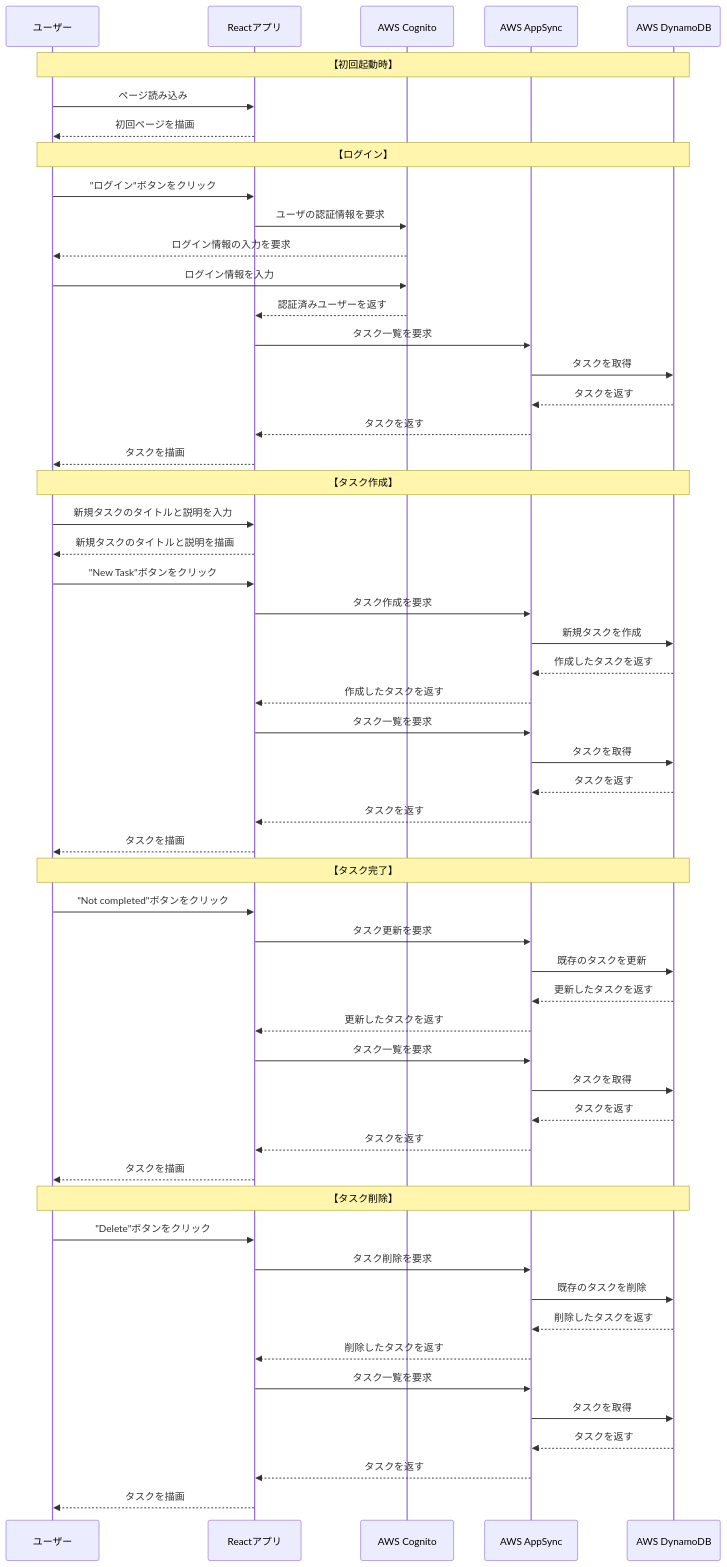
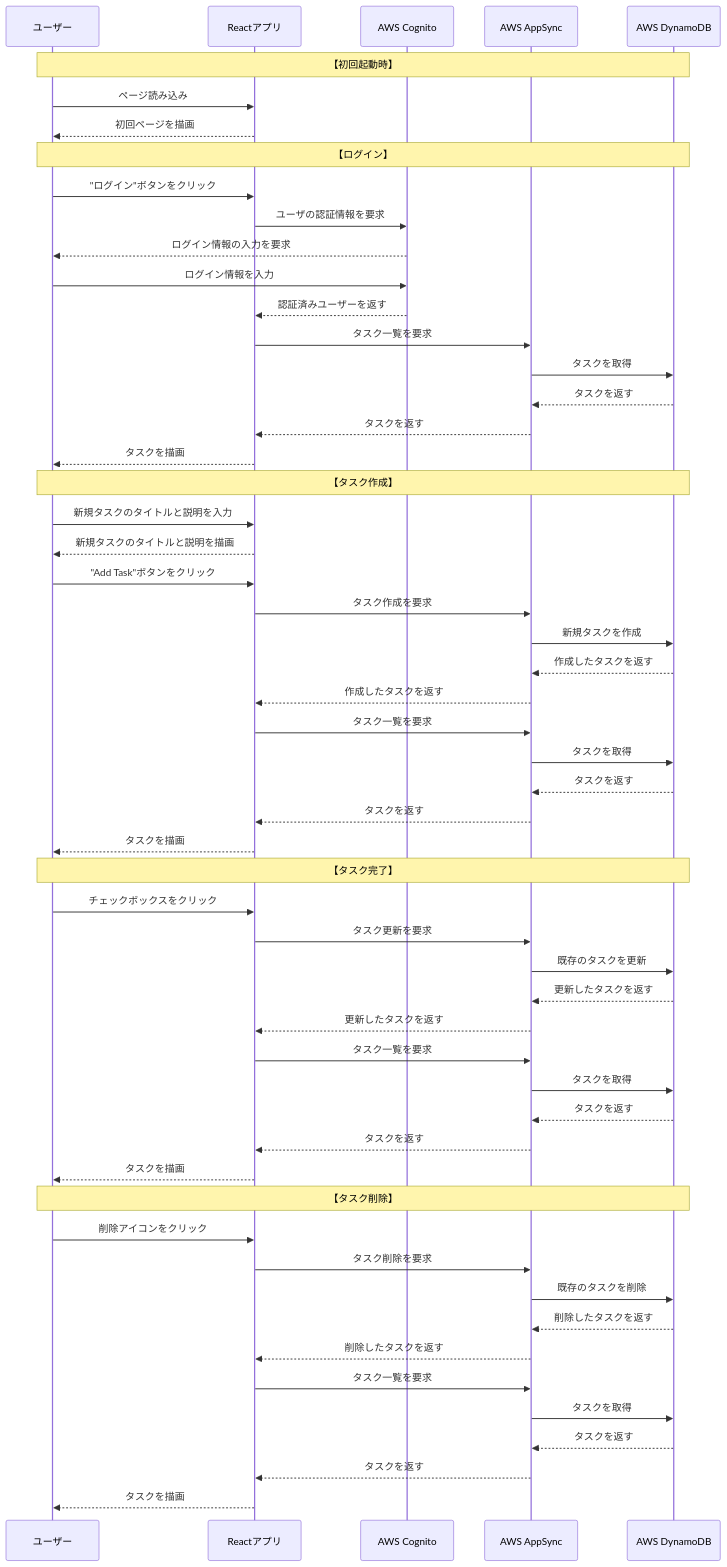
Before and after one commit to ryomeblog/cdk-js-resolvers-sample: the diagram in README.md, drawn with Mermaid. The commit also changed 11 other files, not shown here.

````diff
--- a/README.md
+++ b/README.md
@@ -22,62 +22,62 @@
 ```mermaid
 sequenceDiagram
     participant User as ユーザー
     participant React as Reactアプリ
     participant Cognito as AWS Cognito
     participant AppSync as AWS AppSync
     participant DynamoDB as AWS DynamoDB
 
     Note over User,DynamoDB : 【初回起動時】
     User->>React: ページ読み込み
     React-->>User: 初回ページを描画
     
     Note over User,DynamoDB : 【ログイン】
     User->>React: "ログイン"ボタンをクリック
     React->>Cognito: ユーザの認証情報を要求
     Cognito-->>User: ログイン情報の入力を要求
     User->>Cognito: ログイン情報を入力
     Cognito-->>React: 認証済みユーザーを返す
     React->>AppSync: タスク一覧を要求
     AppSync->>DynamoDB: タスクを取得
     DynamoDB-->>AppSync: タスクを返す
     AppSync-->>React: タスクを返す
     React-->>User: タスクを描画
 
     Note over User,DynamoDB : 【タスク作成】
     User->>React: 新規タスクのタイトルと説明を入力
     React-->>User: 新規タスクのタイトルと説明を描画
-    User->>React: "New Task"ボタンをクリック
+    User->>React: "Add Task"ボタンをクリック
     React->>AppSync: タスク作成を要求
     AppSync->>DynamoDB: 新規タスクを作成
     DynamoDB-->>AppSync: 作成したタスクを返す
     AppSync-->>React: 作成したタスクを返す
     React->>AppSync: タスク一覧を要求
     AppSync->>DynamoDB: タスクを取得
     DynamoDB-->>AppSync: タスクを返す
     AppSync-->>React: タスクを返す
     React-->>User: タスクを描画
 
     Note over User,DynamoDB : 【タスク完了】
-    User->>React: "Not completed"ボタンをクリック
+    User->>React: チェックボックスをクリック
     React->>AppSync: タスク更新を要求
     AppSync->>DynamoDB: 既存のタスクを更新
     DynamoDB-->>AppSync: 更新したタスクを返す
     AppSync-->>React: 更新したタスクを返す
     React->>AppSync: タスク一覧を要求
     AppSync->>DynamoDB: タスクを取得
     DynamoDB-->>AppSync: タスクを返す
     AppSync-->>React: タスクを返す
     React-->>User: タスクを描画
 
     Note over User,DynamoDB : 【タスク削除】
-    User->>React: "Delete"ボタンをクリック
+    User->>React: 削除アイコンをクリック
     React->>AppSync: タスク削除を要求
     AppSync->>DynamoDB: 既存のタスクを削除
     DynamoDB-->>AppSync: 削除したタスクを返す
     AppSync-->>React: 削除したタスクを返す
     React->>AppSync: タスク一覧を要求
     AppSync->>DynamoDB: タスクを取得
     DynamoDB-->>AppSync: タスクを返す
     AppSync-->>React: タスクを返す
     React-->>User: タスクを描画
 ```
````
